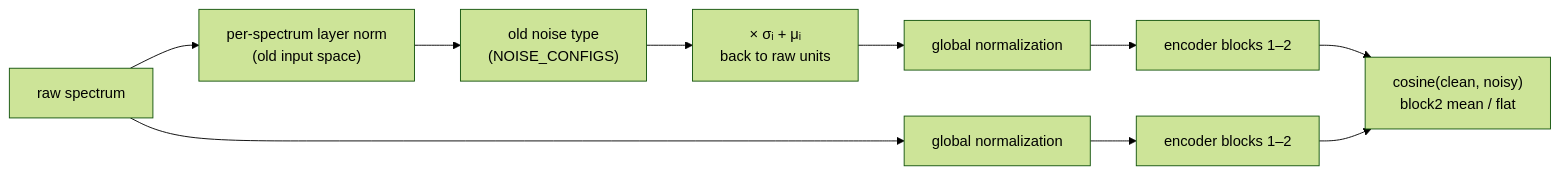
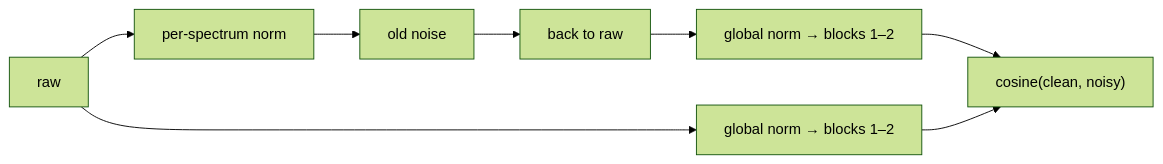
The seventh of 7 diagrams in docs/TRAINING_REPORT.md (h-cohen/SpectralFM-jepa), drawn with Mermaid (forest theme) before and after one commit. The commit also changed other lines of this file and 7 other files, not shown here.

````diff
--- a/docs/TRAINING_REPORT.md
+++ b/docs/TRAINING_REPORT.md
@@ -311,10 +167,6 @@
 ```mermaid
 flowchart LR
-    R["raw spectrum"] --> LN["per-spectrum layer norm<br/>(old input space)"]
-    LN --> NZ["old noise type<br/>(NOISE_CONFIGS)"]
-    NZ --> DN["× σᵢ + μᵢ<br/>back to raw units"]
-    DN --> G["global normalization"] --> E["encoder blocks 1–2"]
-    R --> G2["global normalization"] --> E2["encoder blocks 1–2"]
-    E --> C["cosine(clean, noisy)<br/>block2 mean / flat"]
-    E2 --> C
+    R["raw"] --> LN["per-spectrum norm"] --> NZ["old noise"] --> DN["back to raw"] --> E["global norm → blocks 1–2"]
+    R --> E2["global norm → blocks 1–2"]
+    E & E2 --> C["cosine(clean, noisy)"]
 ```
````
